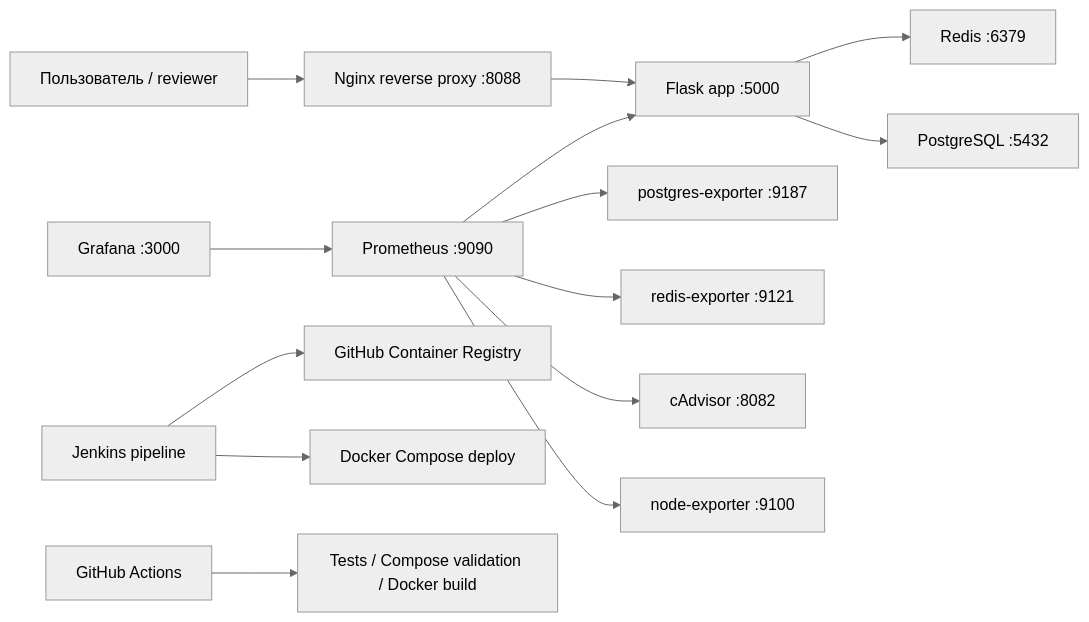
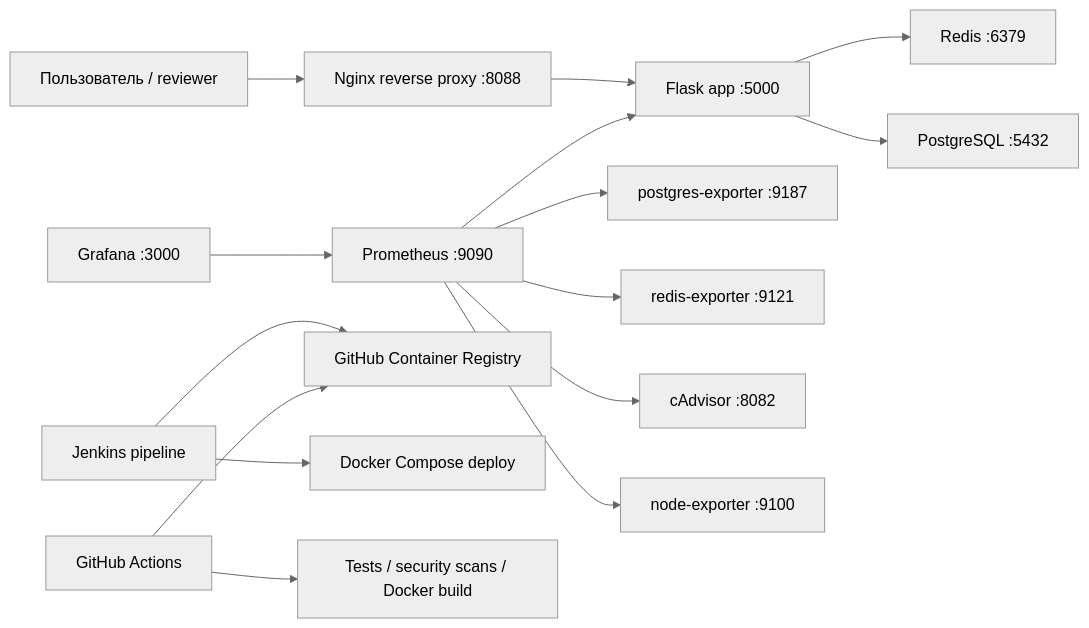
The diagram in README.md (x2slow4u/my-app), drawn with Mermaid (neutral theme) before and after one commit. The commit also changed other lines of this file and 2 other files, not shown here.

Commit message:
Publish Docker image to GHCR from CI

````diff
--- a/README.md
+++ b/README.md
@@ -41,16 +43,17 @@
 ```mermaid
 flowchart LR
     User["Пользователь / reviewer"] --> Nginx["Nginx reverse proxy :8088"]
     Nginx --> Web["Flask app :5000"]
     Web --> Redis["Redis :6379"]
     Web --> DB["PostgreSQL :5432"]
     Prom["Prometheus :9090"] --> Web
     Prom --> PgExp["postgres-exporter :9187"]
     Prom --> RedisExp["redis-exporter :9121"]
     Prom --> CAdvisor["cAdvisor :8082"]
     Prom --> NodeExp["node-exporter :9100"]
     Grafana["Grafana :3000"] --> Prom
     Jenkins["Jenkins pipeline"] --> GHCR["GitHub Container Registry"]
     Jenkins --> Compose["Docker Compose deploy"]
-    Actions["GitHub Actions"] --> Tests["Tests / Compose validation / Docker build"]
+    Actions["GitHub Actions"] --> Tests["Tests / security scans / Docker build"]
+    Actions --> GHCR
 ```
````
